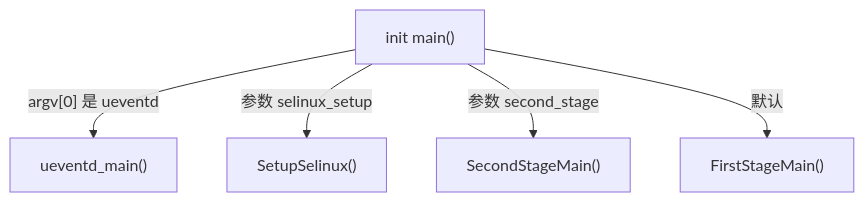
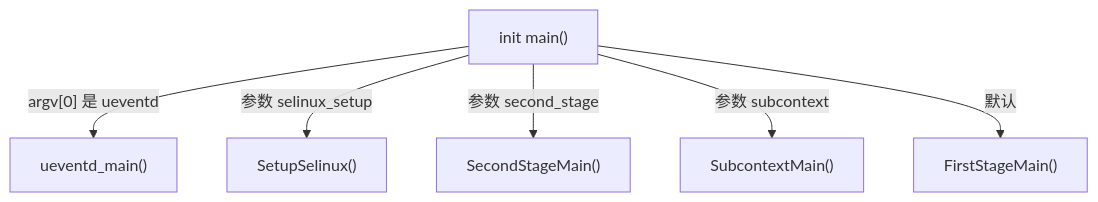
One commit to junyingzhao001/StudyNotes changed the second of 3 diagrams in Android源码学习/04-init进程与rc脚本.md. Above: the diagram before and after it, drawn with Mermaid. The commit also changed other lines of this file and 617 other files, not shown here.

````diff
--- a/Android源码学习/04-init进程与rc脚本.md
+++ b/Android源码学习/04-init进程与rc脚本.md
@@ -67,8 +72,9 @@
 ```mermaid
 flowchart TD
     M["init main()"]
     M -->|"argv[0] 是 ueventd"| U["ueventd_main()"]
     M -->|"参数 selinux_setup"| SE["SetupSelinux()"]
     M -->|"参数 second_stage"| SS["SecondStageMain()"]
+    M -->|"参数 subcontext"| SC["SubcontextMain()"]
     M -->|"默认"| FS["FirstStageMain()"]
 ```
````
